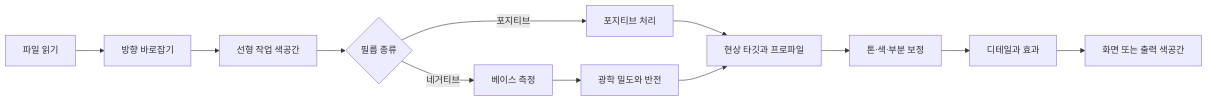
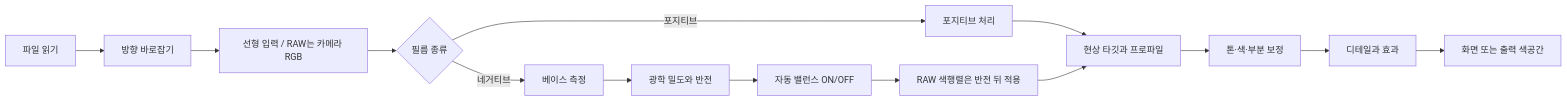
Before and after one commit to habinsong/negaflow: the diagram in docs/ko/product/CHROMA_ENGINE.md, drawn with Mermaid. The commit also changed other lines of this file and 142 other files, not shown here.

````diff
--- a/docs/ko/product/CHROMA_ENGINE.md
+++ b/docs/ko/product/CHROMA_ENGINE.md
@@ -28,14 +28,14 @@
 ```mermaid
 flowchart LR
     A["파일 읽기"] --> B["방향 바로잡기"]
-    B --> C["선형 작업 색공간"]
+    B --> C["선형 입력 / RAW는 카메라 RGB"]
     C --> D{"필름 종류"}
     D -->|포지티브| E["포지티브 처리"]
     D -->|네거티브| F["베이스 측정"]
     F --> G["광학 밀도와 반전"]
     E --> H["현상 타깃과 프로파일"]
-    G --> H
+    G --> AB["자동 밸런스 ON/OFF"] --> M["RAW 색행렬은 반전 뒤 적용"] --> H
     H --> I["톤·색·부분 보정"]
     I --> J["디테일과 효과"]
     J --> K["화면 또는 출력 색공간"]
 ```
````
